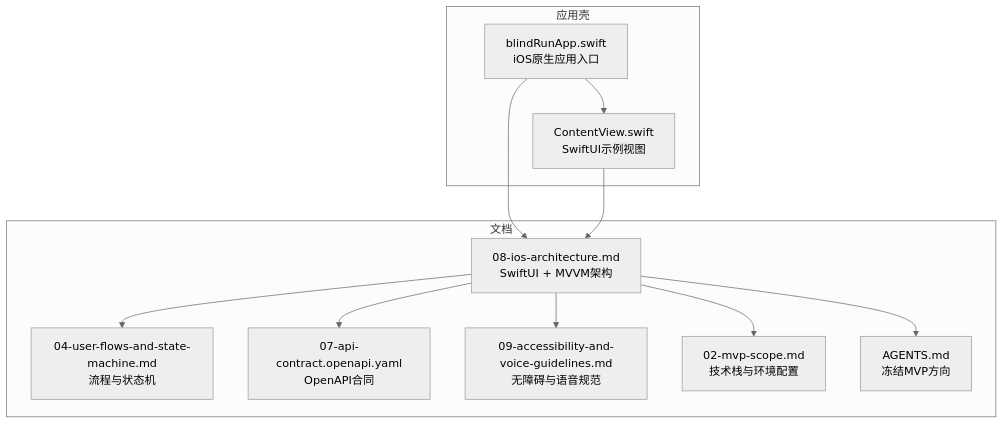
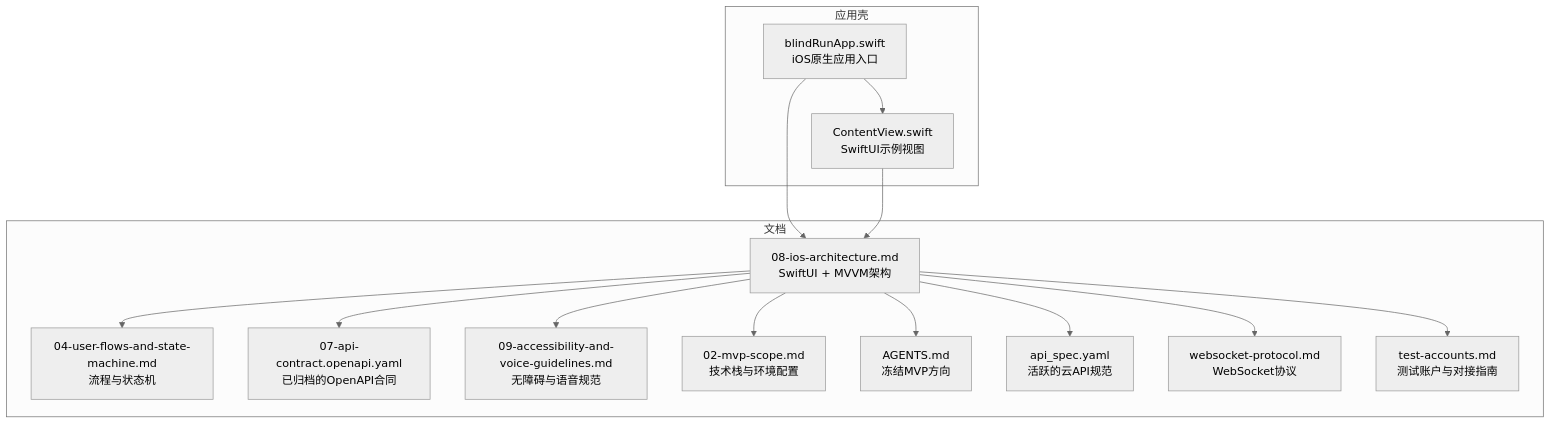
Before and after one commit to Jayden23018/blind-run-ios: the first of 10 diagrams in .qoder/repowiki/zh/content/架构设计/架构设计.md, drawn with Mermaid (neutral theme). The commit also changed other lines of this file and 23 other files, not shown here.

Commit message:
Implement MVP booking and volunteer flow updates

````diff
--- a/.qoder/repowiki/zh/content/架构设计/架构设计.md
+++ b/.qoder/repowiki/zh/content/架构设计/架构设计.md
@@ -55,23 +63,29 @@
 ```mermaid
 graph TB
 subgraph "应用壳"
 A["blindRunApp.swift<br/>iOS原生应用入口"]
 B["ContentView.swift<br/>SwiftUI示例视图"]
 end
 subgraph "文档"
 D["08-ios-architecture.md<br/>SwiftUI + MVVM架构"]
 E["04-user-flows-and-state-machine.md<br/>流程与状态机"]
-F["07-api-contract.openapi.yaml<br/>OpenAPI合同"]
+F["07-api-contract.openapi.yaml<br/>已归档的OpenAPI合同"]
 G["09-accessibility-and-voice-guidelines.md<br/>无障碍与语音规范"]
 H["02-mvp-scope.md<br/>技术栈与环境配置"]
 I["AGENTS.md<br/>冻结MVP方向"]
+J["api_spec.yaml<br/>活跃的云API规范"]
+K["websocket-protocol.md<br/>WebSocket协议"]
+L["test-accounts.md<br/>测试账户与对接指南"]
 end
 A --> B
 A --> D
 B --> D
 D --> E
 D --> F
 D --> G
 D --> H
 D --> I
+D --> J
+D --> K
+D --> L
 ```
````
